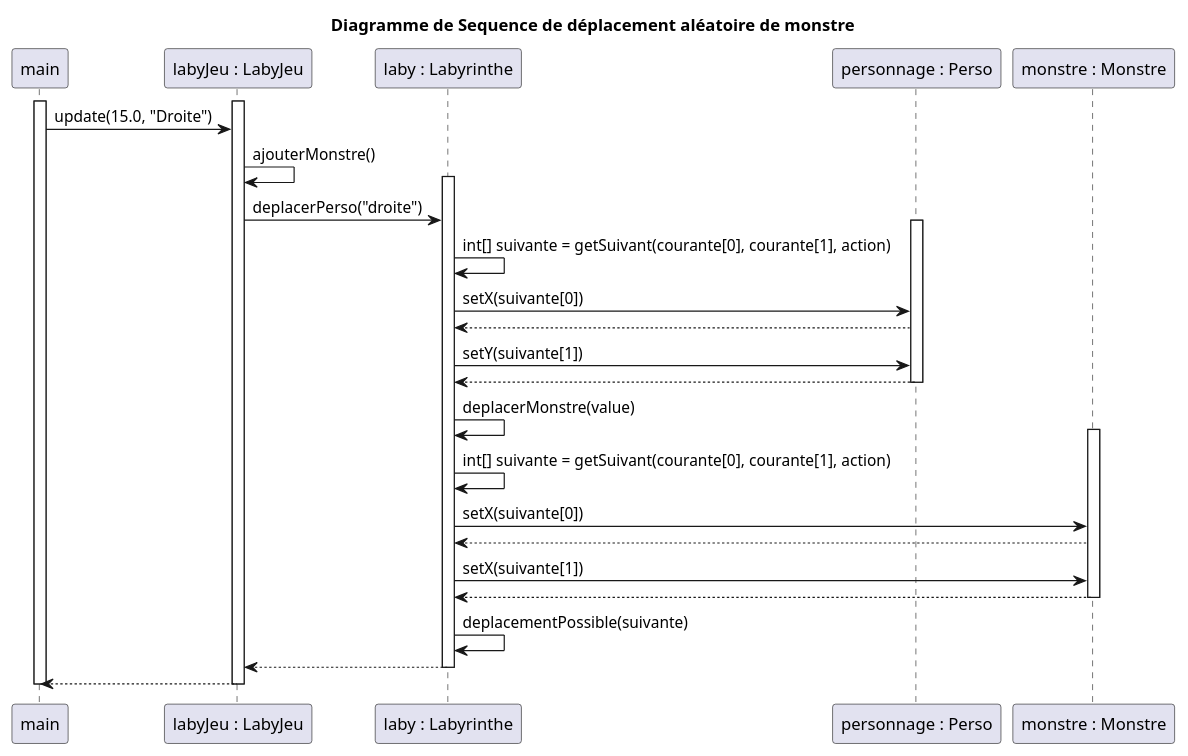
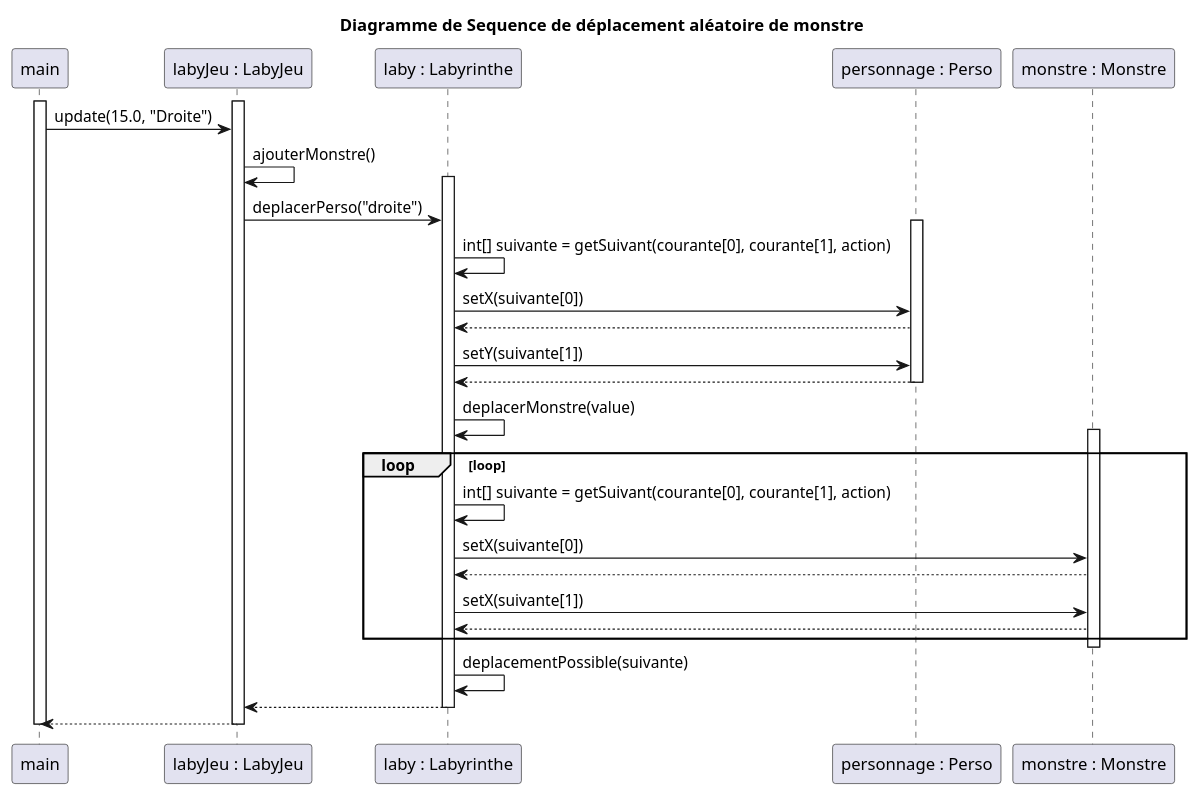
One commit to Zhi-Sheng-Trieu/2022_Zeldiablo_Doan_Oudin_Trieu_Noel changed the diagram in documents/version_3/DiagrammeSeqDeplacementAleaMonstre.puml. Above: the diagram before and after it, drawn with PlantUML. The commit also changed 1 other file, not shown here.

```diff
--- a/documents/version_3/DiagrammeSeqDeplacementAleaMonstre.puml
+++ b/documents/version_3/DiagrammeSeqDeplacementAleaMonstre.puml
@@ -1,48 +1,53 @@
 @startuml
 
 title Diagramme de Sequence de déplacement aléatoire de monstre
 
 participant "main" as main
 participant "labyJeu : LabyJeu" as labyJeu
 participant "laby : Labyrinthe" as laby
 participant "personnage : Perso" as personnage
 participant "monstre : Monstre" as monstre
 
 
 
 
 activate main
 
 
     activate labyJeu
         main -> labyJeu : update(15.0, "Droite")
         labyJeu -> labyJeu : ajouterMonstre()
         activate laby
             labyJeu -> laby : deplacerPerso("droite")
             activate personnage
+
                 laby -> laby : int[] suivante = getSuivant(courante[0], courante[1], action)
                 laby -> personnage : setX(suivante[0])
                 personnage --> laby
                 laby -> personnage : setY(suivante[1])
                 personnage --> laby
+
             deactivate personnage
             laby -> laby : deplacerMonstre(value)
             activate monstre
+                loop loop
                 laby -> laby : int[] suivante = getSuivant(courante[0], courante[1], action)
                 laby -> monstre : setX(suivante[0])
                 monstre --> laby
                 laby -> monstre : setX(suivante[1])
                 monstre --> laby
+                end
+
             deactivate monstre
             laby -> laby : deplacementPossible(suivante)
             laby --> labyJeu
         deactivate laby
 
     labyJeu --> main
     deactivate labyJeu
 
 
 
 deactivate main
 
 @enduml
```
